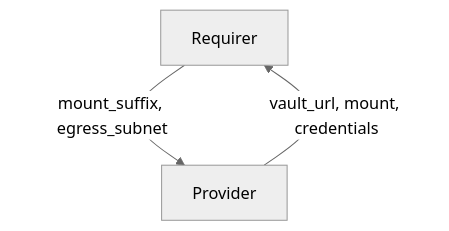
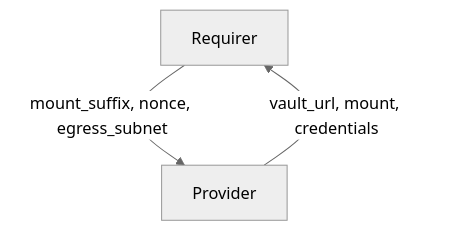
The diagram in interfaces/vault_kv/v0/README.md (canonical/charm-relation-interfaces), drawn with Mermaid (neutral theme) before and after one commit. The commit also changed other lines of this file and 3 other files, not shown here.

````diff
--- a/interfaces/vault_kv/v0/README.md
+++ b/interfaces/vault_kv/v0/README.md
@@ -9,5 +9,5 @@
 ```mermaid
 flowchart TD
-    Requirer -- mount_suffix, egress_subnet --> Provider
+    Requirer -- mount_suffix, nonce, egress_subnet --> Provider
     Provider -- vault_url, mount, credentials --> Requirer
 ```
````
